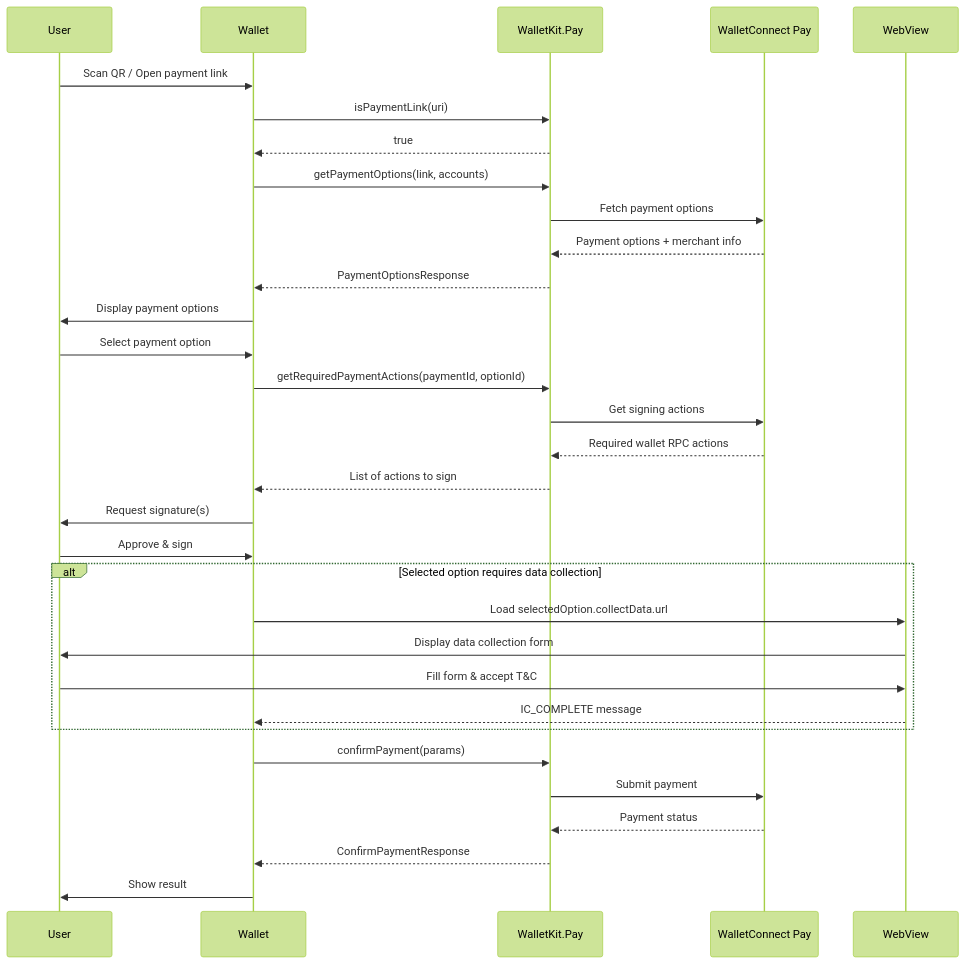
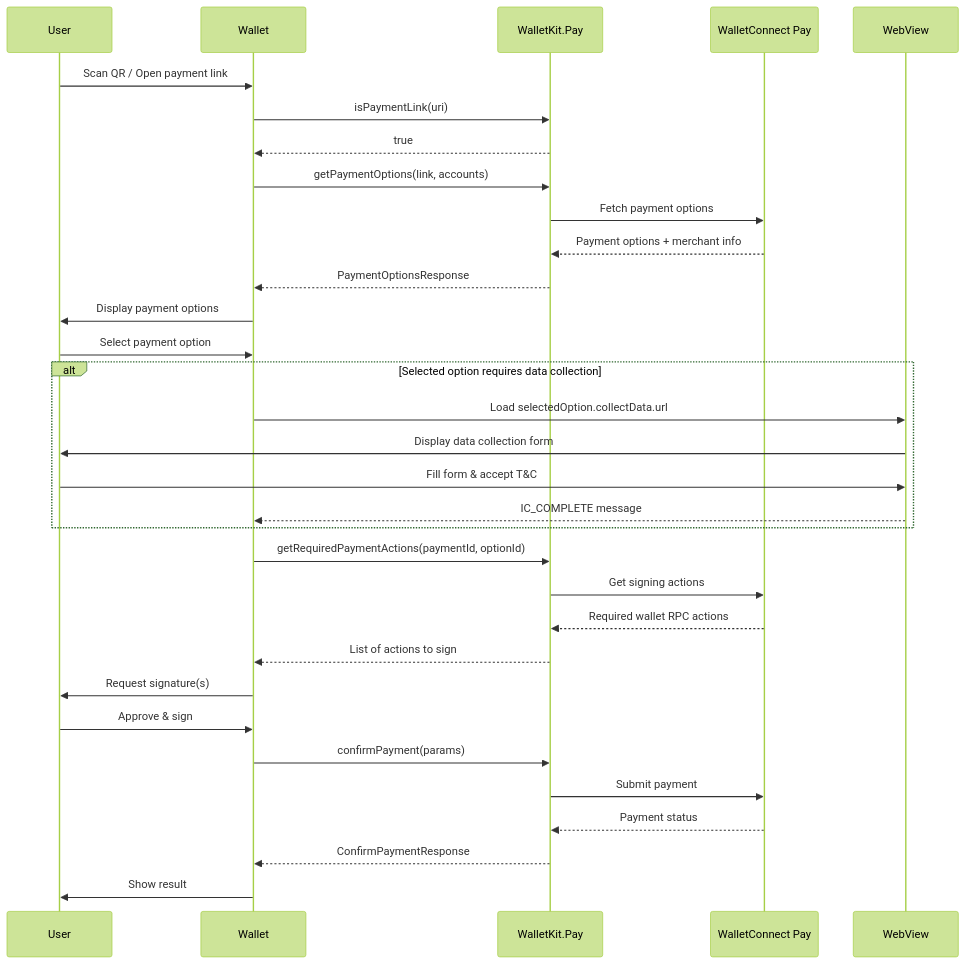
The diagram in payments/wallets/walletkit/swift.mdx (WalletConnect/docs), drawn with Mermaid (forest theme) before and after one commit. The commit also changed other lines of this file and 14 other files, not shown here.

First line of the commit message:
fix(wallets): capture Information Capture before /fetch in payment flow

````diff
--- a/payments/wallets/walletkit/swift.mdx
+++ b/payments/wallets/walletkit/swift.mdx
@@ -111,39 +111,40 @@
 ```mermaid
 sequenceDiagram
     participant User
     participant Wallet
     participant WalletKit as WalletKit.Pay
     participant Backend as WalletConnect Pay
     participant WebView
 
     User->>Wallet: Scan QR / Open payment link
     Wallet->>WalletKit: isPaymentLink(uri)
     WalletKit-->>Wallet: true
     Wallet->>WalletKit: getPaymentOptions(link, accounts)
     WalletKit->>Backend: Fetch payment options
     Backend-->>WalletKit: Payment options + merchant info
     WalletKit-->>Wallet: PaymentOptionsResponse
     Wallet->>User: Display payment options
     
     User->>Wallet: Select payment option
+
+    alt Selected option requires data collection
+        Wallet->>WebView: Load selectedOption.collectData.url
+        WebView->>User: Display data collection form
+        User->>WebView: Fill form & accept T&C
+        WebView-->>Wallet: IC_COMPLETE message
+    end
+
     Wallet->>WalletKit: getRequiredPaymentActions(paymentId, optionId)
     WalletKit->>Backend: Get signing actions
     Backend-->>WalletKit: Required wallet RPC actions
     WalletKit-->>Wallet: List of actions to sign
     
     Wallet->>User: Request signature(s)
     User->>Wallet: Approve & sign
-    
-    alt Selected option requires data collection
-        Wallet->>WebView: Load selectedOption.collectData.url
-        WebView->>User: Display data collection form
-        User->>WebView: Fill form & accept T&C
-        WebView-->>Wallet: IC_COMPLETE message
-    end
 
     Wallet->>WalletKit: confirmPayment(params)
     WalletKit->>Backend: Submit payment
     Backend-->>WalletKit: Payment status
     WalletKit-->>Wallet: ConfirmPaymentResponse
     Wallet->>User: Show result
 ```
````
